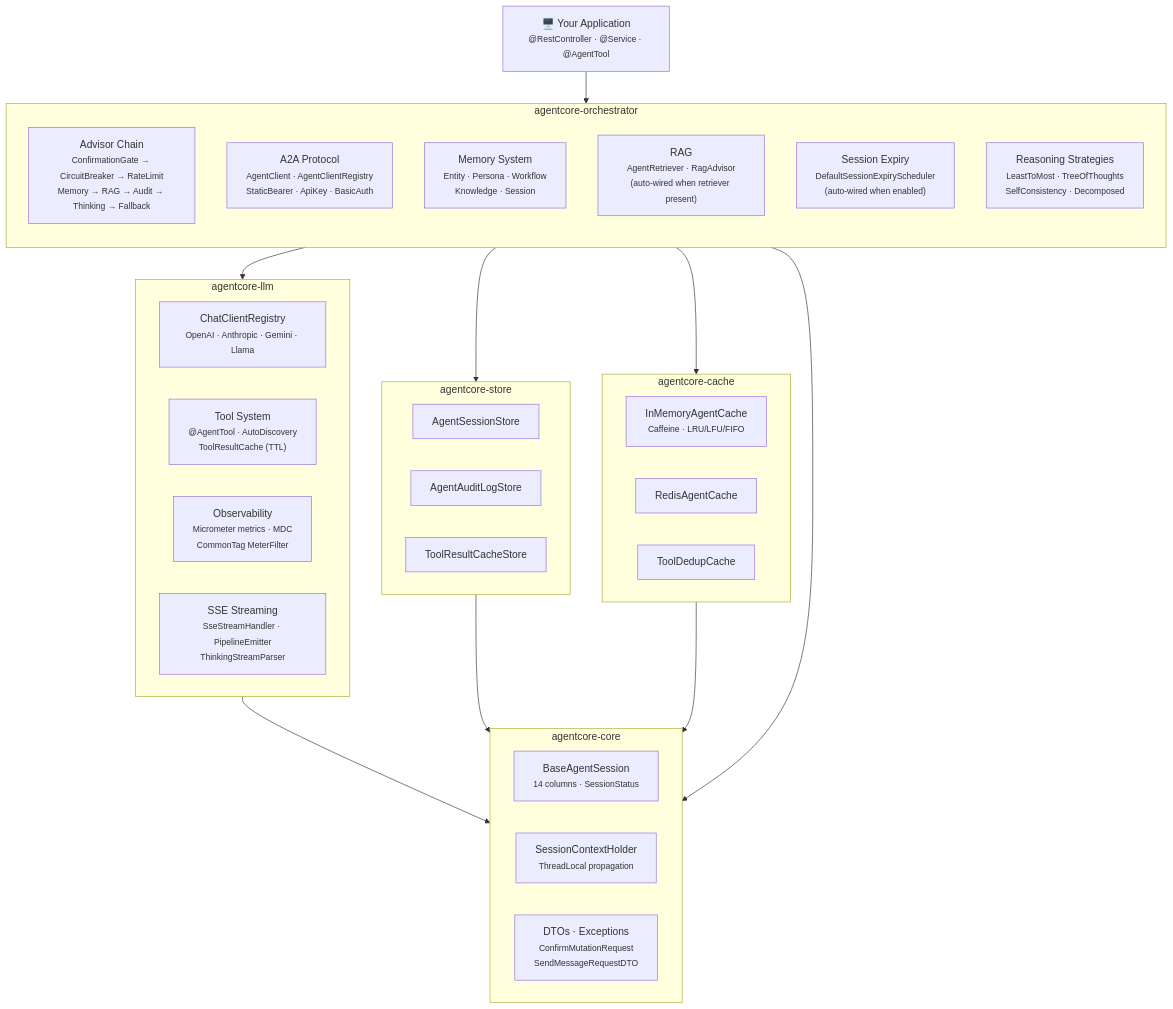
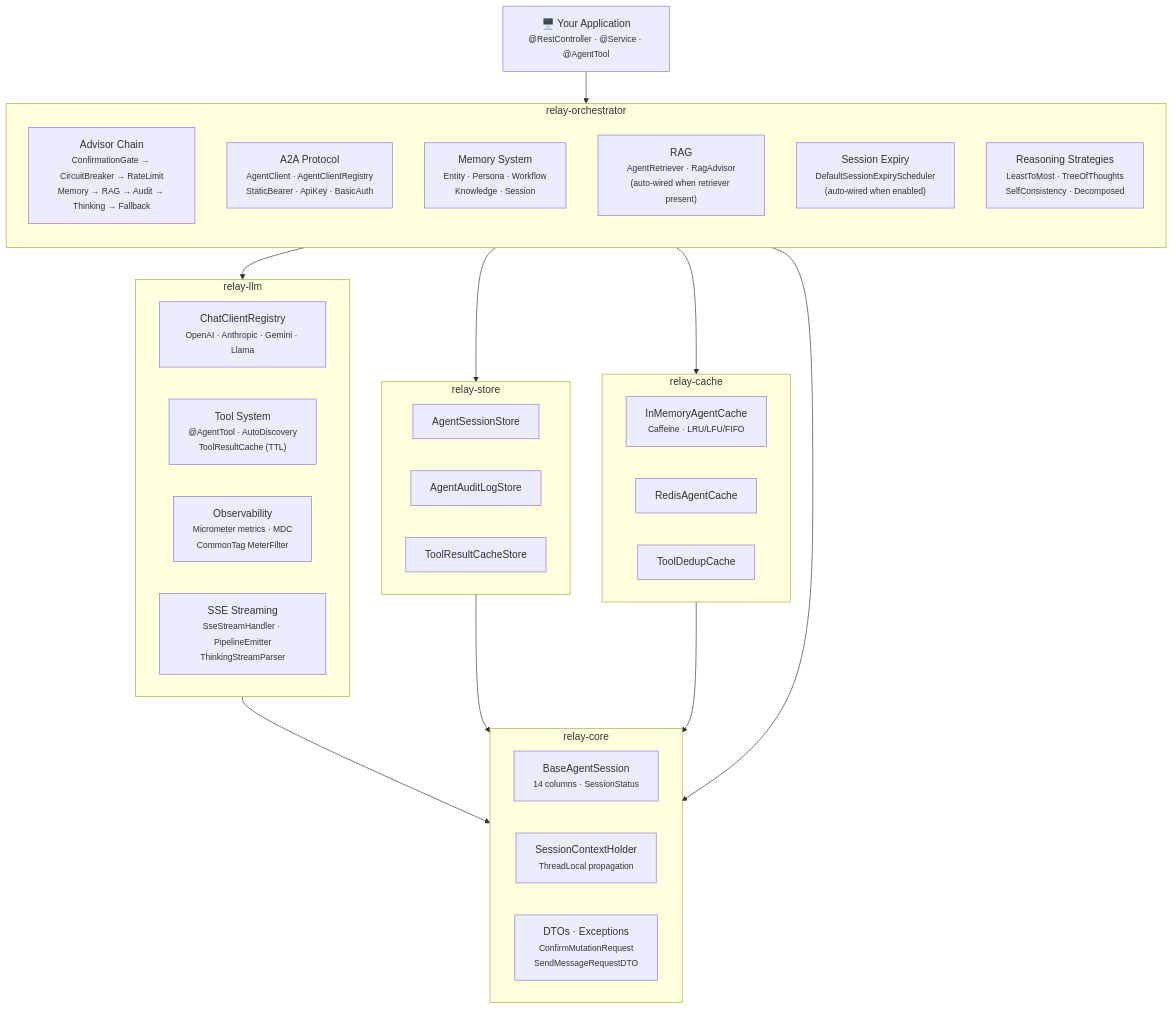
Before and after one commit to Shekharmaheswari85/Relay: the first of 2 diagrams in README.md, drawn with Mermaid. The commit also changed other lines of this file and 361 other files, not shown here.

````diff
--- a/README.md
+++ b/README.md
@@ -83,49 +83,49 @@
 ```mermaid
 graph TD
     App["🖥️ Your Application<br/><small>@RestController · @Service · @AgentTool</small>"]
 
     App --> ORCH
 
-    subgraph ORCH["agentcore-orchestrator"]
+    subgraph ORCH["relay-orchestrator"]
         direction TB
         CHAIN["Advisor Chain<br/><small>ConfirmationGate → CircuitBreaker → RateLimit<br/>Memory → RAG → Audit → Thinking → Fallback</small>"]
         A2A["A2A Protocol<br/><small>AgentClient · AgentClientRegistry<br/>StaticBearer · ApiKey · BasicAuth</small>"]
         MEM["Memory System<br/><small>Entity · Persona · Workflow<br/>Knowledge · Session</small>"]
         RAG["RAG<br/><small>AgentRetriever · RagAdvisor<br/>(auto-wired when retriever present)</small>"]
         SCHED["Session Expiry<br/><small>DefaultSessionExpiryScheduler<br/>(auto-wired when enabled)</small>"]
         REASON["Reasoning Strategies<br/><small>LeastToMost · TreeOfThoughts<br/>SelfConsistency · Decomposed</small>"]
     end
 
-    subgraph LLM["agentcore-llm"]
+    subgraph LLM["relay-llm"]
         CHAT["ChatClientRegistry<br/><small>OpenAI · Anthropic · Gemini · Llama</small>"]
         TOOLS["Tool System<br/><small>@AgentTool · AutoDiscovery<br/>ToolResultCache (TTL)</small>"]
         OBS["Observability<br/><small>Micrometer metrics · MDC<br/>CommonTag MeterFilter</small>"]
         STREAM["SSE Streaming<br/><small>SseStreamHandler · PipelineEmitter<br/>ThinkingStreamParser</small>"]
     end
 
-    subgraph STORE["agentcore-store"]
+    subgraph STORE["relay-store"]
         SESS["AgentSessionStore"]
         AUDIT["AgentAuditLogStore"]
         TCACHE["ToolResultCacheStore"]
     end
 
-    subgraph CACHE["agentcore-cache"]
+    subgraph CACHE["relay-cache"]
         ICACHE["InMemoryAgentCache<br/><small>Caffeine · LRU/LFU/FIFO</small>"]
         RCACHE["RedisAgentCache"]
         DEDUP["ToolDedupCache"]
     end
 
-    subgraph CORE["agentcore-core"]
+    subgraph CORE["relay-core"]
         MODEL["BaseAgentSession<br/><small>14 columns · SessionStatus</small>"]
         CTX["SessionContextHolder<br/><small>ThreadLocal propagation</small>"]
         DTOS["DTOs · Exceptions<br/><small>ConfirmMutationRequest<br/>SendMessageRequestDTO</small>"]
     end
 
     ORCH --> LLM
     ORCH --> STORE
     ORCH --> CACHE
     LLM --> CORE
     STORE --> CORE
     CACHE --> CORE
     ORCH --> CORE
 ```
````
